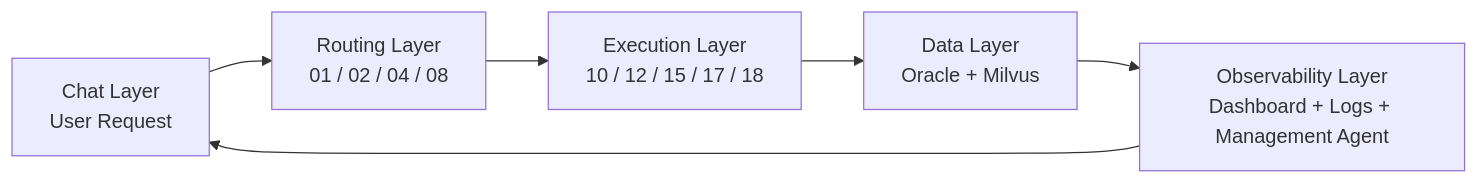
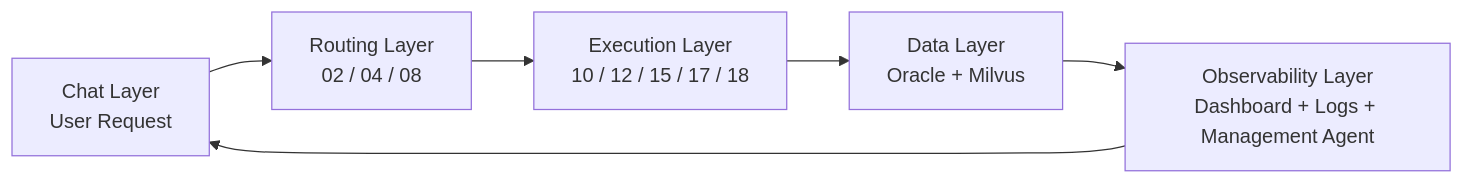
Before and after one commit to seongikjin227-jpg/refactoring_smartMigrate: the first of 3 diagrams in smartMigrate_2.0_Langflow/00_guide/00_architecture_chapter1_overview.md, drawn with Mermaid. The commit also changed other lines of this file and 28 other files, not shown here.

````diff
--- a/smartMigrate_2.0_Langflow/00_guide/00_architecture_chapter1_overview.md
+++ b/smartMigrate_2.0_Langflow/00_guide/00_architecture_chapter1_overview.md
@@ -9,8 +11,8 @@
 ```mermaid
 flowchart LR
-    CHAT[Chat Layer<br/>User Request] --> ROUTE[Routing Layer<br/>01 / 02 / 04 / 08]
+    CHAT[Chat Layer<br/>User Request] --> ROUTE[Routing Layer<br/>02 / 04 / 08]
     ROUTE --> EXEC[Execution Layer<br/>10 / 12 / 15 / 17 / 18]
     EXEC --> DATA[Data Layer<br/>Oracle + Milvus]
     DATA --> OBS[Observability Layer<br/>Dashboard + Logs + Management Agent]
     OBS --> CHAT
 ```
````
